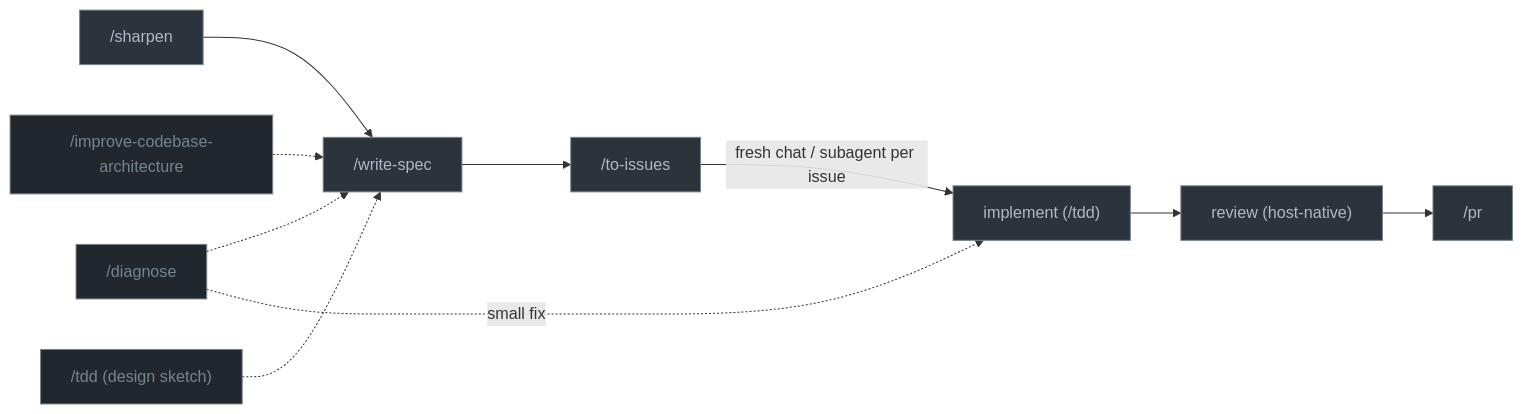
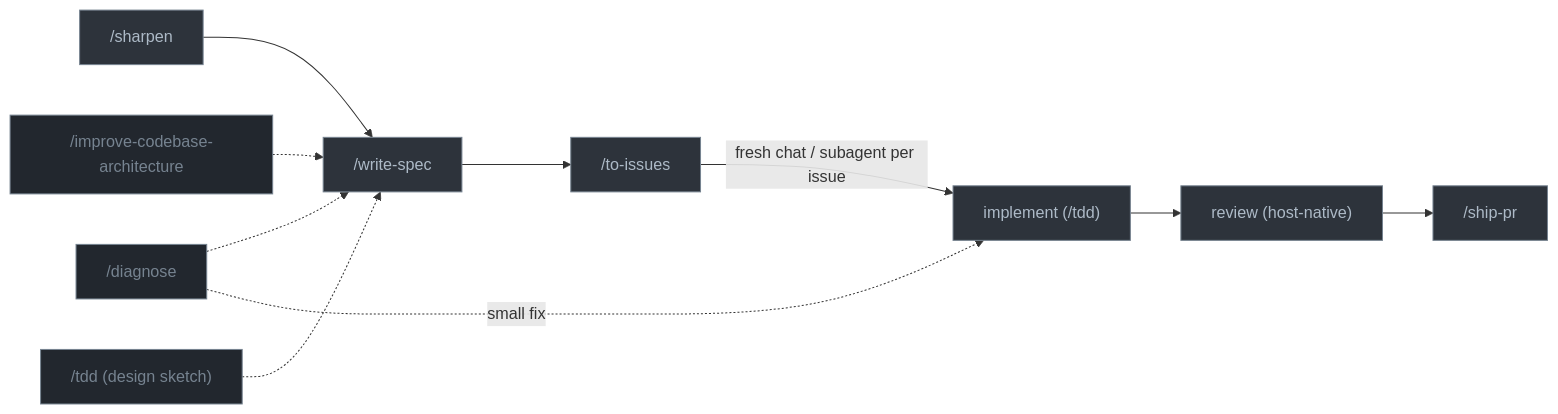
One commit to kpeez/agent-toolbox changed the diagram in README.md. Above: the diagram before and after it, drawn with Mermaid. The commit also changed other lines of this file and 14 other files, not shown here.

````diff
--- a/README.md
+++ b/README.md
@@ -141,22 +142,22 @@
 ```mermaid
 graph LR
   G["/sharpen"] --> A["/write-spec"]
   X["/diagnose"] -.-> A
   Y["/improve-codebase-architecture"] -.-> A
   A --> I["/to-issues"]
   I -->|"fresh chat / subagent per issue"| B["implement (/tdd)"]
   B --> C["review (host-native)"]
-  C --> D["/pr"]
+  C --> D["/ship-pr"]
   X -.->|"small fix"| B
   P["/tdd (design sketch)"] -.-> A
 
 style G fill:#2d333b,stroke:#768390,color:#adbac7
 style A fill:#2d333b,stroke:#768390,color:#adbac7
 style I fill:#2d333b,stroke:#768390,color:#adbac7
 style B fill:#2d333b,stroke:#768390,color:#adbac7
 style C fill:#2d333b,stroke:#768390,color:#adbac7
 style D fill:#2d333b,stroke:#768390,color:#adbac7
 style X fill:#22272e,stroke:#768390,color:#768390
 style Y fill:#22272e,stroke:#768390,color:#768390
 style P fill:#22272e,stroke:#768390,color:#768390
 ```
````
